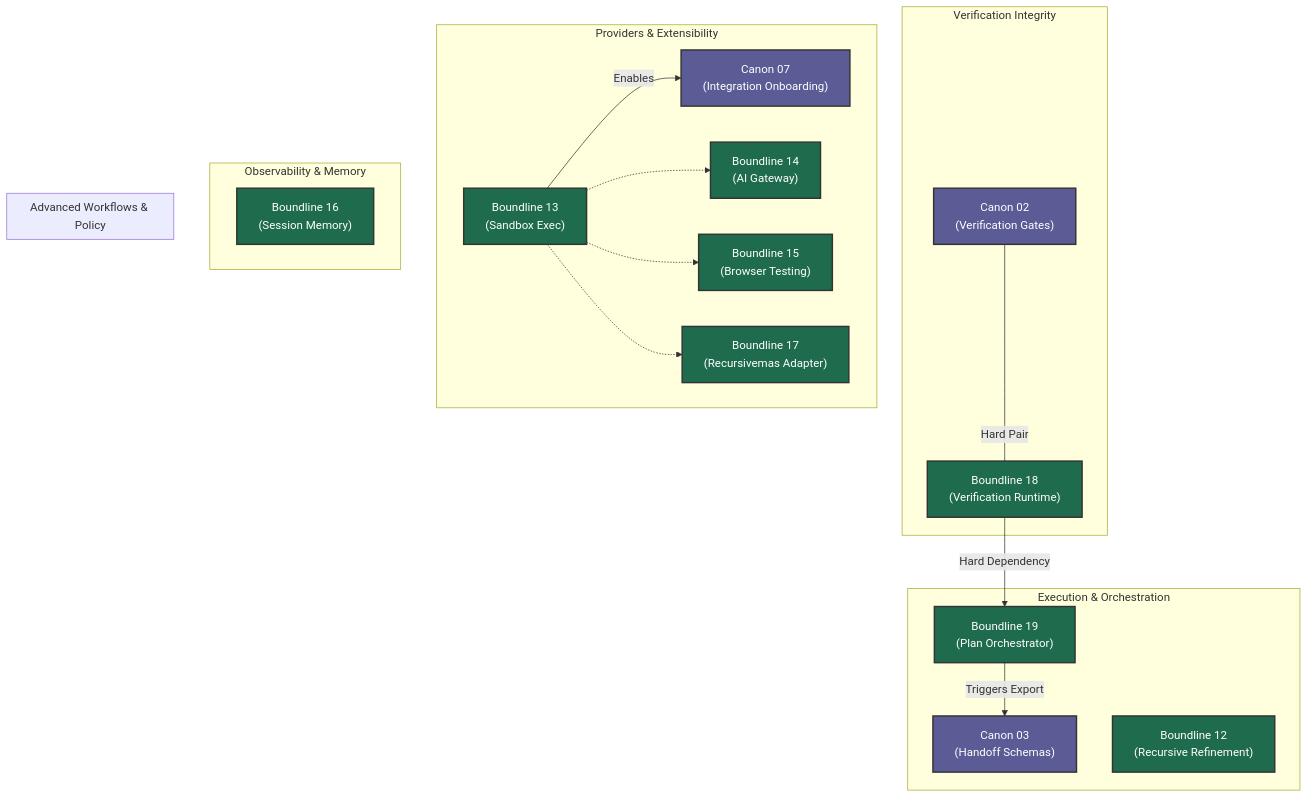
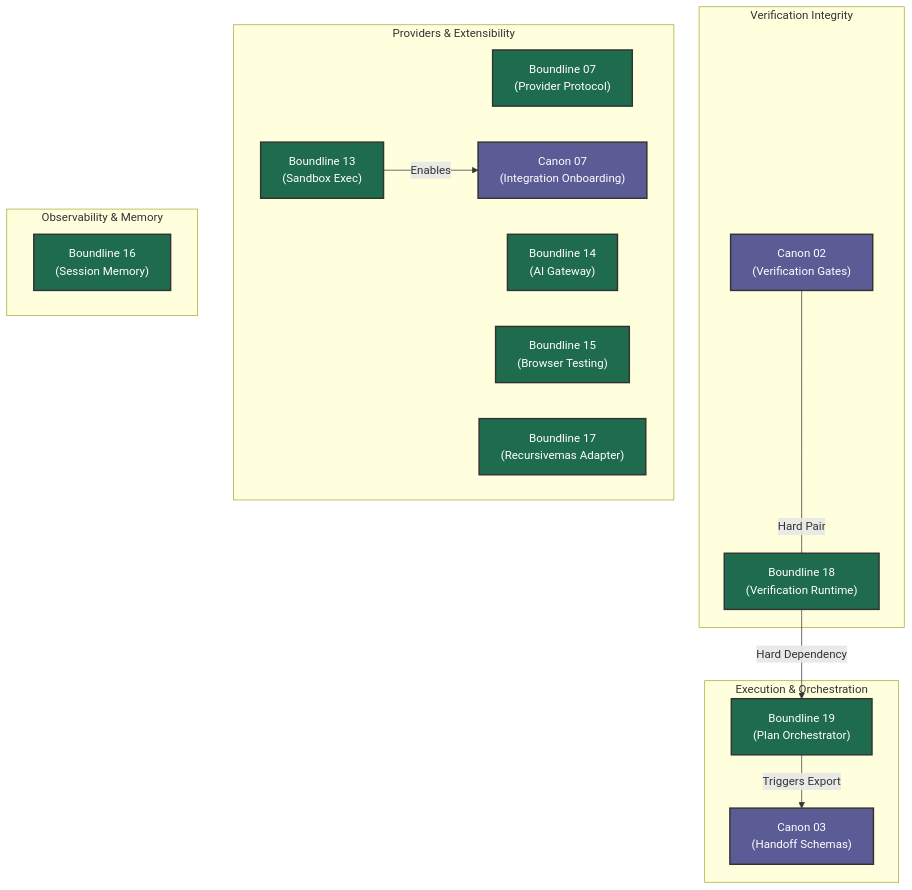
One commit to apply-the/boundline changed the diagram in roadmap/joint-roadmap-graph.md. Above: the diagram before and after it, drawn with Mermaid. The commit also changed other lines of this file and 1 other file, not shown here.

Commit message:
docs: roadmap updated

````diff
--- a/roadmap/joint-roadmap-graph.md
+++ b/roadmap/joint-roadmap-graph.md
@@ -7,43 +7,35 @@
 ```mermaid
 flowchart TD
     %% Styling
     classDef canon fill:#5b5b95,stroke:#333,stroke-width:2px,color:#fff
     classDef boundline fill:#1f6b4e,stroke:#333,stroke-width:2px,color:#fff
 
     subgraph Verification Integrity
         C02["Canon 02<br/>(Verification Gates)"]:::canon
         B18["Boundline 18<br/>(Verification Runtime)"]:::boundline
     end
 
     subgraph Execution & Orchestration
         B19["Boundline 19<br/>(Plan Orchestrator)"]:::boundline
         C03["Canon 03<br/>(Handoff Schemas)"]:::canon
-        B12["Boundline 12<br/>(Recursive Refinement)"]:::boundline
     end
 
     subgraph Providers & Extensibility
+        B07["Boundline 07<br/>(Provider Protocol)"]:::boundline
         B13["Boundline 13<br/>(Sandbox Exec)"]:::boundline
         C07["Canon 07<br/>(Integration Onboarding)"]:::canon
         B14["Boundline 14<br/>(AI Gateway)"]:::boundline
         B15["Boundline 15<br/>(Browser Testing)"]:::boundline
         B17["Boundline 17<br/>(Recursivemas Adapter)"]:::boundline
     end
 
     subgraph Observability & Memory
         B16["Boundline 16<br/>(Session Memory)"]:::boundline
     end
 
-    subgraph Advanced Workflows & Policy
-    end
-
     %% Key Dependencies
     C02 ---|Hard Pair| B18
     B18 -->|Hard Dependency| B19
     B19 -->|Triggers Export| C03
-    B13 -->|Enables| C07
-    
-    B13 -.-> B14
-    B13 -.-> B15
-    B13 -.-> B17
-
+    B13 -->|Enables| C07    
 ```
````
